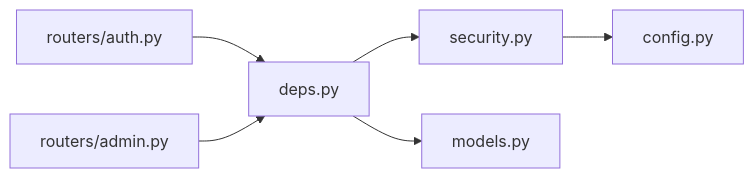
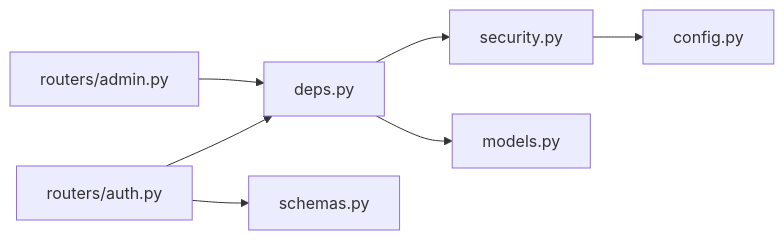
The seventh of 7 diagrams in .qoder/repowiki/zh/content/暑假作业打卡系统/后端服务架构/安全认证机制.md (onebody/homework), drawn with Mermaid before and after one commit. The commit also changed other lines of this file and 20 other files, not shown here.

````diff
--- a/.qoder/repowiki/zh/content/暑假作业打卡系统/后端服务架构/安全认证机制.md
+++ b/.qoder/repowiki/zh/content/暑假作业打卡系统/后端服务架构/安全认证机制.md
@@ -299,8 +380,9 @@
 ```mermaid
 graph LR
 RAuth["routers/auth.py"] --> D["deps.py"]
 RAdmin["routers/admin.py"] --> D
 D --> S["security.py"]
 D --> M["models.py"]
 S --> C["config.py"]
+RAuth --> SC["schemas.py"]
 ```
````
